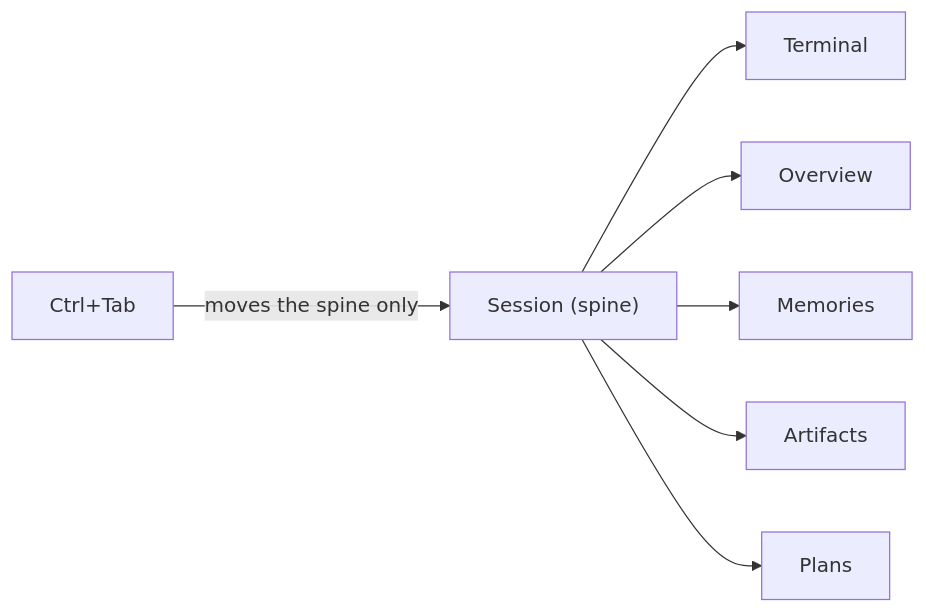
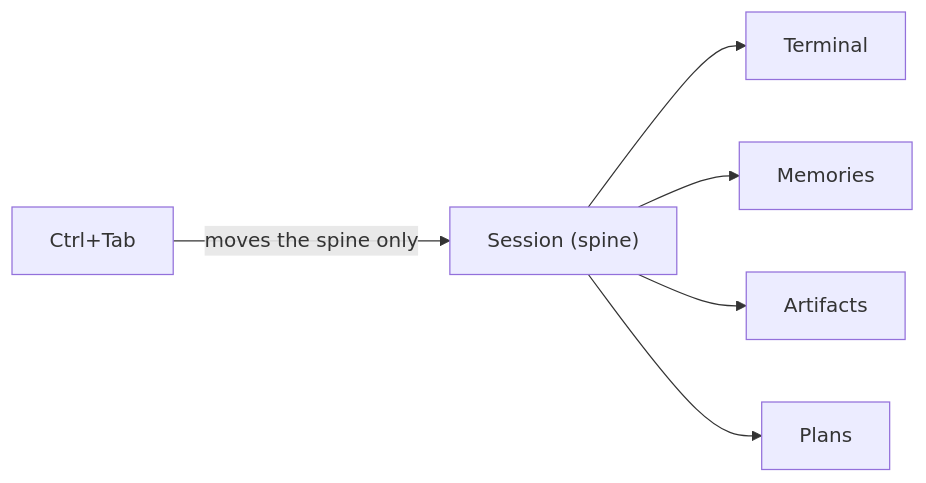
The third of 3 diagrams in docs/keyboard-routing.md (PetePeter/helm), drawn with Mermaid before and after one commit. The commit also changed other lines of this file and 88 other files, not shown here.

````diff
--- a/docs/keyboard-routing.md
+++ b/docs/keyboard-routing.md
@@ -164,9 +164,8 @@
 ```mermaid
 graph LR
     S["Session (spine)"] --> T[Terminal]
-    S --> O[Overview]
     S --> M[Memories]
     S --> A[Artifacts]
     S --> P[Plans]
     CT["Ctrl+Tab"] -->|"moves the spine only"| S
 ```
````
